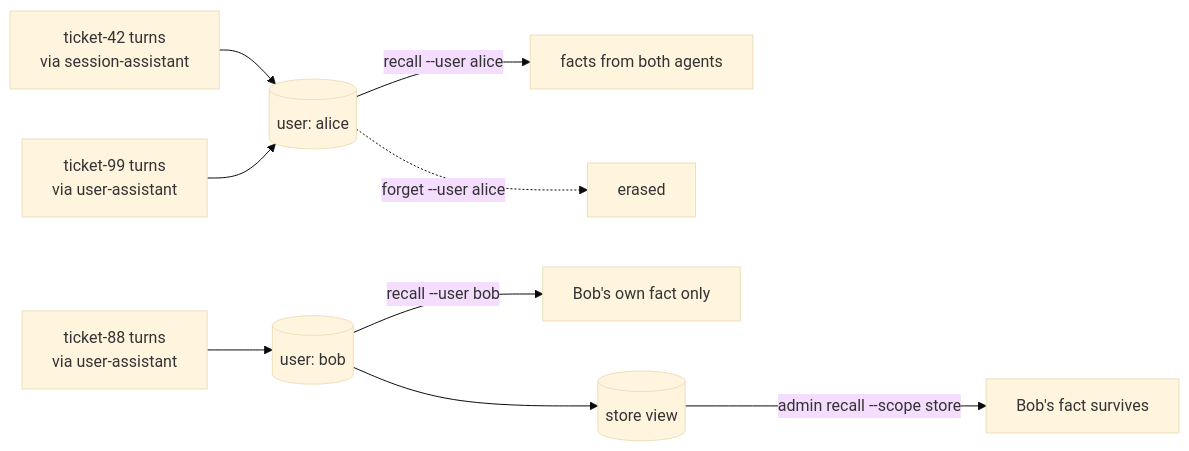
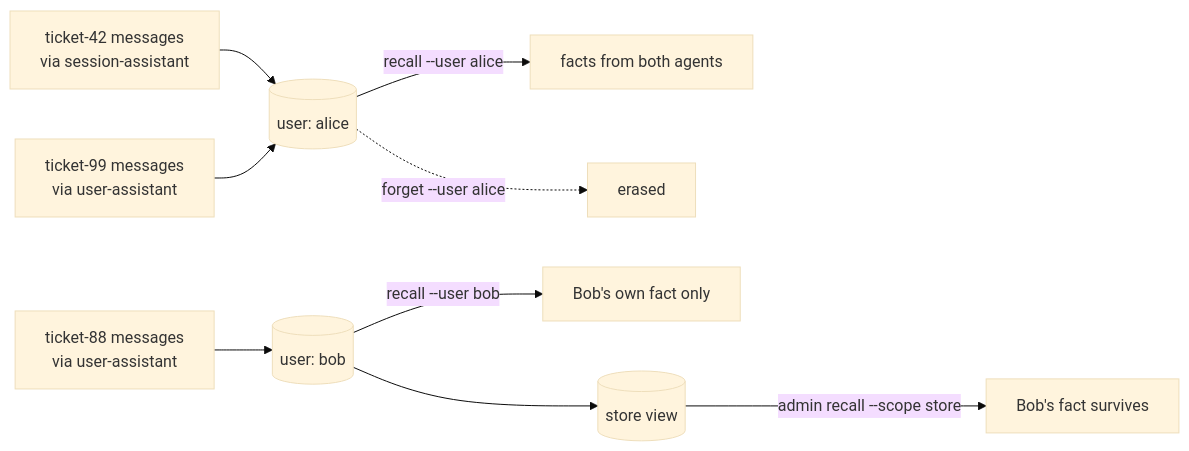
The fifth of 6 diagrams in memory/blog/BLOGPOST_DRAFT_PART_4.md (axsaucedo/kaos-adrs), drawn with Mermaid (base theme) before and after one commit. The commit also changed other lines of this file, not shown here.

````diff
--- a/memory/blog/BLOGPOST_DRAFT_PART_4.md
+++ b/memory/blog/BLOGPOST_DRAFT_PART_4.md
@@ -443,12 +449,12 @@
 ```mermaid
 graph LR
-  T42["ticket-42 turns<br/>via session-assistant"] --> UA[("user: alice")]
-  T99["ticket-99 turns<br/>via user-assistant"] --> UA
-  T88["ticket-88 turns<br/>via user-assistant"] --> UB[("user: bob")]
+  T42["ticket-42 messages<br/>via session-assistant"] --> UA[("user: alice")]
+  T99["ticket-99 messages<br/>via user-assistant"] --> UA
+  T88["ticket-88 messages<br/>via user-assistant"] --> UB[("user: bob")]
 
   UA -->|"recall --user alice"| R1["facts from both agents"]
   UB -->|"recall --user bob"| R2["Bob's own fact only"]
   UA -.->|"forget --user alice"| X["erased"]
   UB --> S[("store view")]
   S -->|"admin recall --scope store"| R3["Bob's fact survives"]
 ```
````
